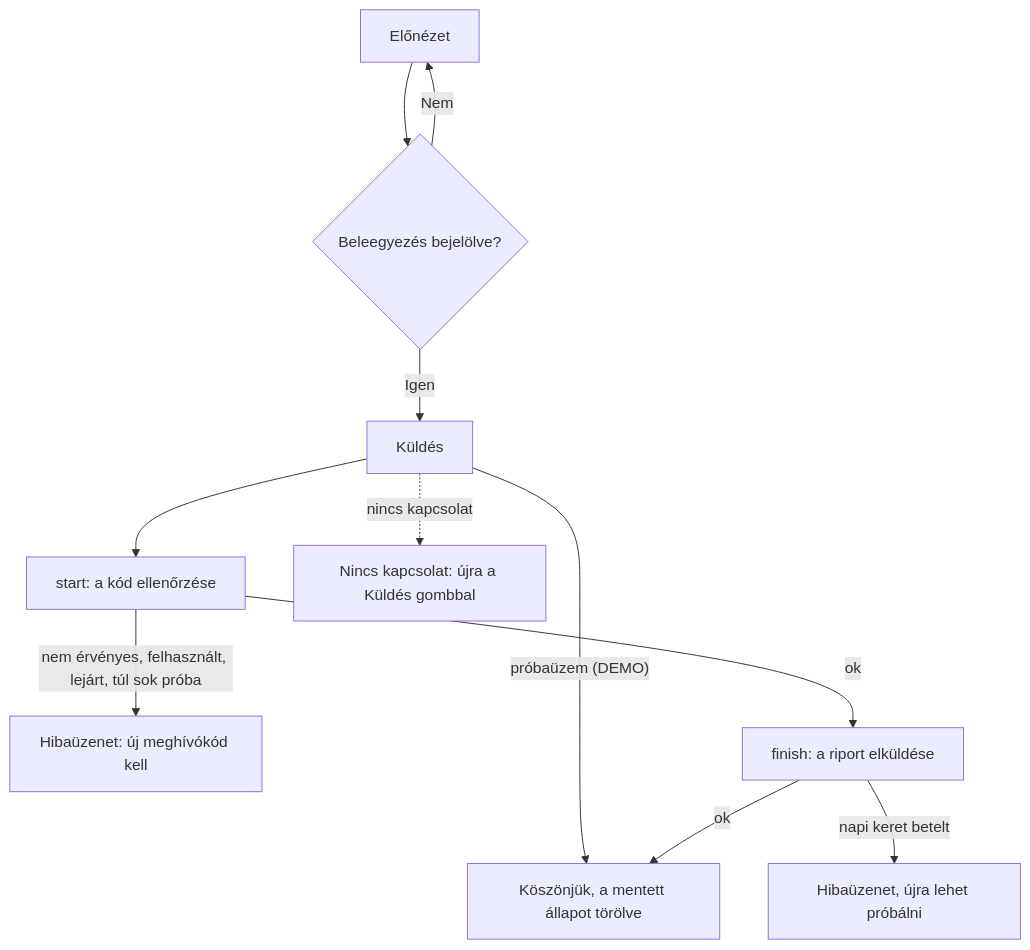
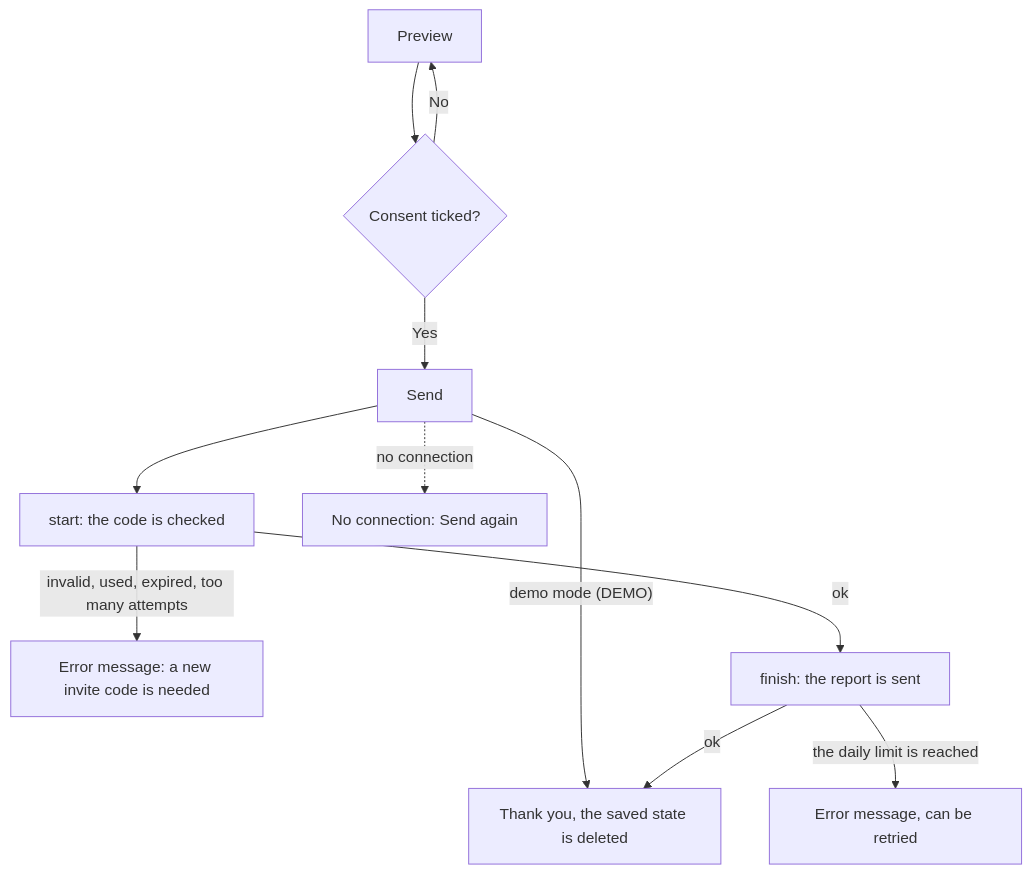
One commit to krisz0722/ipad-audit changed the seventh of 7 diagrams in docs/flows.en.md. Above: the diagram before and after it, drawn with Mermaid. The commit also changed other lines of this file and 1 other file, not shown here.

First line of the commit message:
docs: document the Mac tests and translate the English diagrams

````diff
--- a/docs/flows.en.md
+++ b/docs/flows.en.md
@@ -166,13 +169,13 @@
 ```mermaid
 flowchart TD
-  R["Előnézet"] --> C{"Beleegyezés bejelölve?"}
-  C -->|"Nem"| R
-  C -->|"Igen"| S["Küldés"]
-  S -->|"próbaüzem (DEMO)"| DONE["Köszönjük, a mentett állapot törölve"]
-  S --> ST["start: a kód ellenőrzése"]
-  ST -->|"nem érvényes, felhasznált, lejárt, túl sok próba"| E1["Hibaüzenet: új meghívókód kell"]
-  ST -->|"ok"| FIN["finish: a riport elküldése"]
-  FIN -->|"napi keret betelt"| E2["Hibaüzenet, újra lehet próbálni"]
+  R["Preview"] --> C{"Consent ticked?"}
+  C -->|"No"| R
+  C -->|"Yes"| S["Send"]
+  S -->|"demo mode (DEMO)"| DONE["Thank you, the saved state is deleted"]
+  S --> ST["start: the code is checked"]
+  ST -->|"invalid, used, expired, too many attempts"| E1["Error message: a new invite code is needed"]
+  ST -->|"ok"| FIN["finish: the report is sent"]
+  FIN -->|"the daily limit is reached"| E2["Error message, can be retried"]
   FIN -->|"ok"| DONE
-  S -.->|"nincs kapcsolat"| E3["Nincs kapcsolat: újra a Küldés gombbal"]
+  S -.->|"no connection"| E3["No connection: Send again"]
 ```
````
